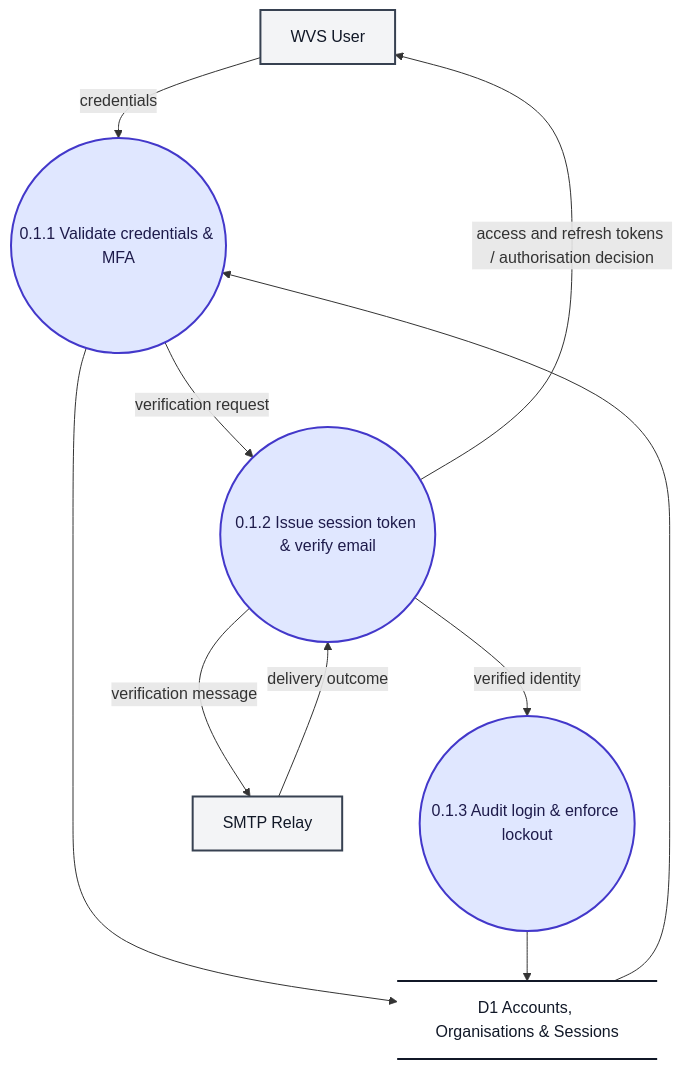
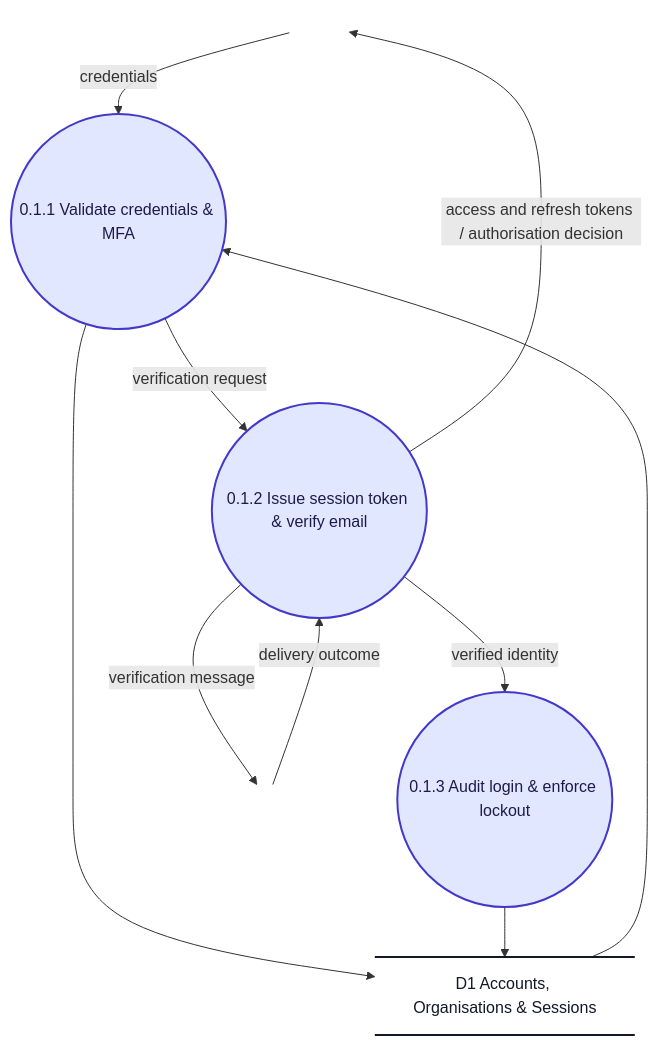
One commit to ksacheth/software-engineering changed the third of 11 diagrams in docs/dfd/Website_Vulnerability_Scanner_DFD.md. Above: the diagram before and after it, drawn with Mermaid. The commit also changed other lines of this file and 19 other files, not shown here.

First line of the commit message:
docs(dfd): align level-2 DFDs and report format with textbook and peer reference

````diff
--- a/docs/dfd/Website_Vulnerability_Scanner_DFD.md
+++ b/docs/dfd/Website_Vulnerability_Scanner_DFD.md
@@ -148,29 +149,27 @@
 ```mermaid
 flowchart TD
-    %% Level 2 DFD - F.1 User Authentication & Access Control
 
-    User["WVS User"]
+    B_User[" "]
     P11(("0.1.1 Validate credentials & MFA"))
     P12(("0.1.2 Issue session token & verify email"))
     P13(("0.1.3 Audit login & enforce lockout"))
     D1@{ shape: datastore, label: "D1 Accounts, Organisations & Sessions" }
-    SMTP["SMTP Relay"]
+    B_SMTP[" "]
 
-    User -->|"credentials"| P11
+    B_User -->|"credentials"| P11
     P11 -->|"verification request"| P12
-    P12 -->|"access and refresh tokens / authorisation decision"| User
+    P12 -->|"access and refresh tokens / authorisation decision"| B_User
     P12 -->|"verified identity"| P13
     D1 --> P11
     P11 --> D1
     P13 --> D1
-    P12 -->|"verification message"| SMTP
-    SMTP -->|"delivery outcome"| P12
+    P12 -->|"verification message"| B_SMTP
+    B_SMTP -->|"delivery outcome"| P12
 
-    %% Styling
     classDef process fill:#e0e7ff,stroke:#4338ca,stroke-width:2px,color:#1e1b4b;
-    classDef entity fill:#f3f4f6,stroke:#374151,stroke-width:2px,color:#111827;
     classDef store fill:transparent,stroke:#111827,stroke-width:2px,color:#111827;
+    classDef boundary fill:transparent,stroke:transparent,color:transparent;
     class P11,P12,P13 process;
-    class User,SMTP entity;
     class D1 store;
+    class B_User,B_SMTP boundary;
 ```
````
